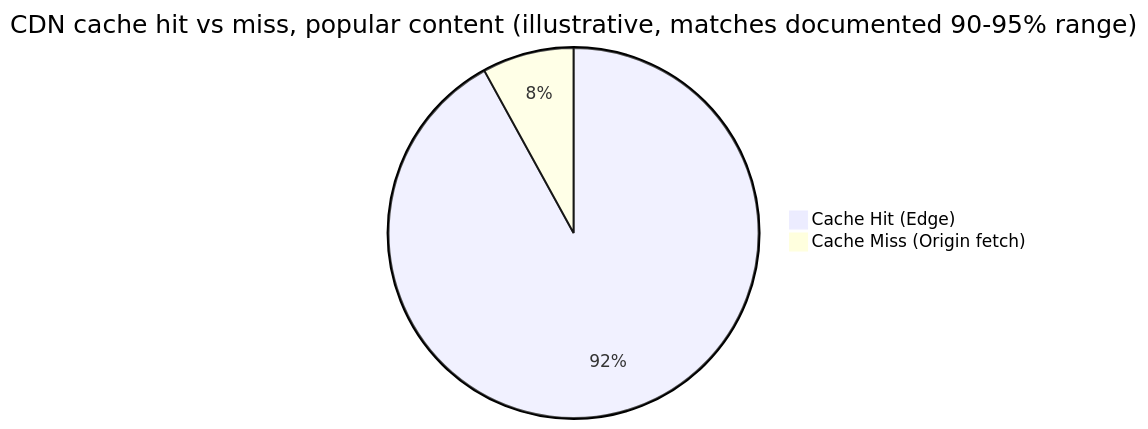
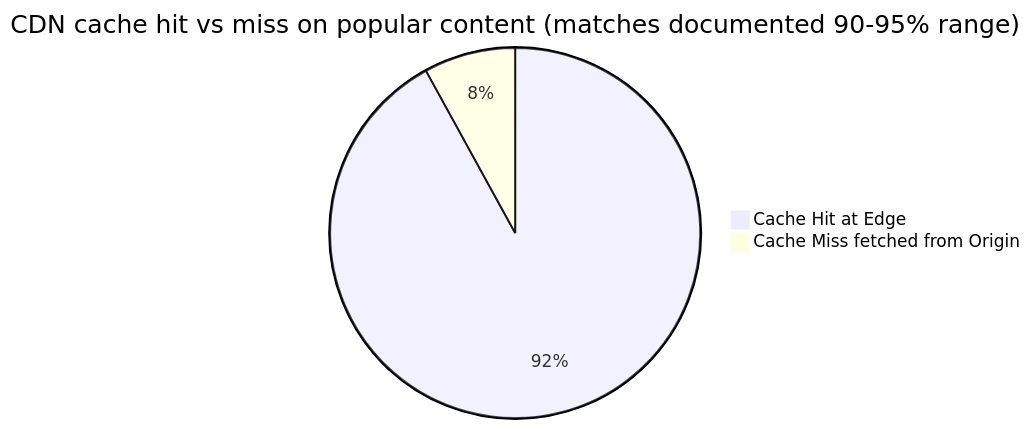
One commit to riyaz-pasha/Learnings changed diagram 11 of 25 in system-design/HLD/0-course/26-Design YouTube-FAANG-Guide-story.md. Above: the diagram before and after it, drawn with Mermaid. The commit also changed other lines of this file and 1 other file, not shown here.

Commit message:
docs: simplify language and clean up mermaid diagrams in YouTube design guide

````diff
--- a/system-design/HLD/0-course/26-Design YouTube-FAANG-Guide-story.md
+++ b/system-design/HLD/0-course/26-Design YouTube-FAANG-Guide-story.md
@@ -218,5 +408,5 @@
 ```mermaid
-pie title CDN cache hit vs miss, popular content (illustrative, matches documented 90-95% range)
-    "Cache Hit (Edge)" : 92
-    "Cache Miss (Origin fetch)" : 8
+pie title CDN cache hit vs miss on popular content (matches documented 90-95% range)
+    "Cache Hit at Edge" : 92
+    "Cache Miss fetched from Origin" : 8
 ```
````
